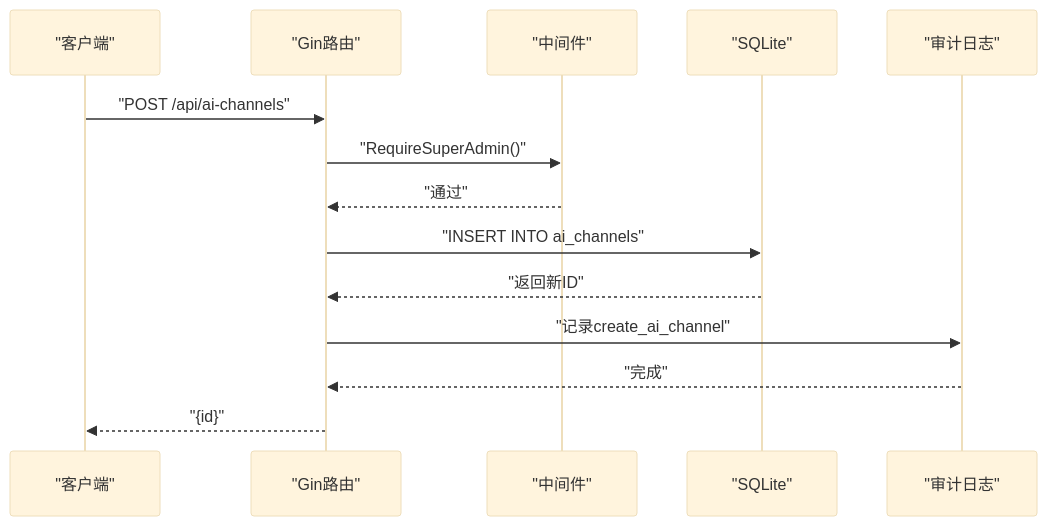
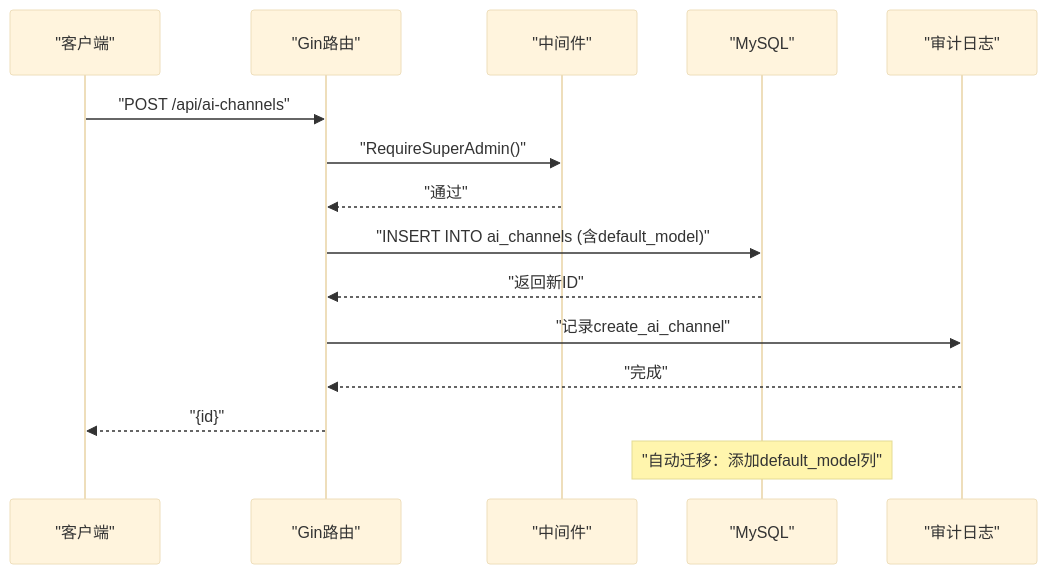
The fourth of 8 diagrams in .qoder/repowiki/zh/content/后端服务架构/API接口文档/AI渠道配置接口.md (hx631580609-web/zsts-cms), drawn with Mermaid (base theme) before and after one commit. The commit also changed other lines of this file and 5 other files, not shown here.

````diff
--- a/.qoder/repowiki/zh/content/后端服务架构/API接口文档/AI渠道配置接口.md
+++ b/.qoder/repowiki/zh/content/后端服务架构/API接口文档/AI渠道配置接口.md
@@ -212,16 +242,17 @@
 ```mermaid
 sequenceDiagram
 participant Client as "客户端"
 participant Gin as "Gin路由"
 participant MW as "中间件"
-participant DB as "SQLite"
+participant DB as "MySQL"
 participant Audit as "审计日志"
 Client->>Gin : "POST /api/ai-channels"
 Gin->>MW : "RequireSuperAdmin()"
 MW-->>Gin : "通过"
-Gin->>DB : "INSERT INTO ai_channels"
+Gin->>DB : "INSERT INTO ai_channels (含default_model)"
 DB-->>Gin : "返回新ID"
 Gin->>Audit : "记录create_ai_channel"
 Audit-->>Gin : "完成"
 Gin-->>Client : "{id}"
+Note over DB : "自动迁移：添加default_model列"
 ```
````
